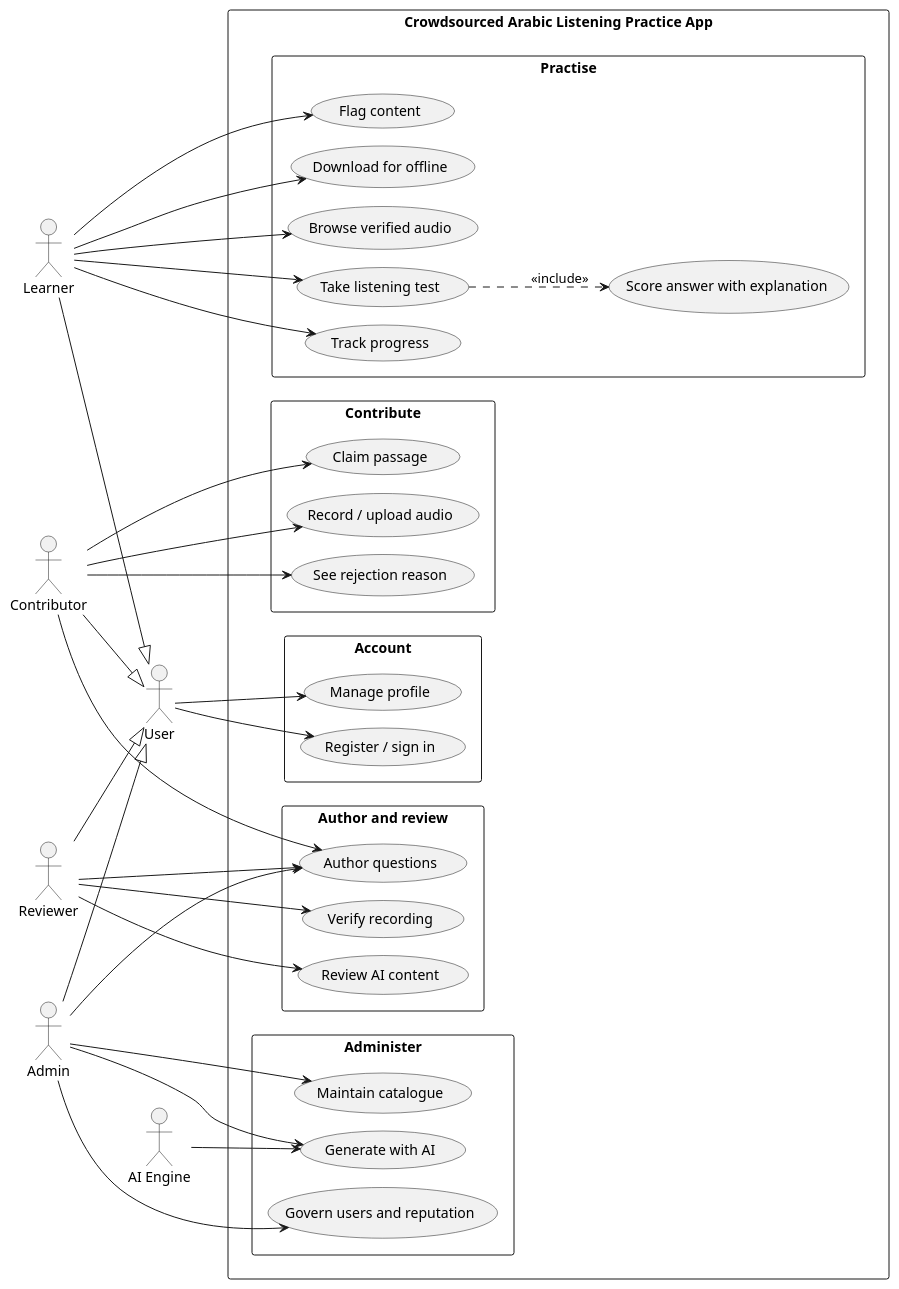
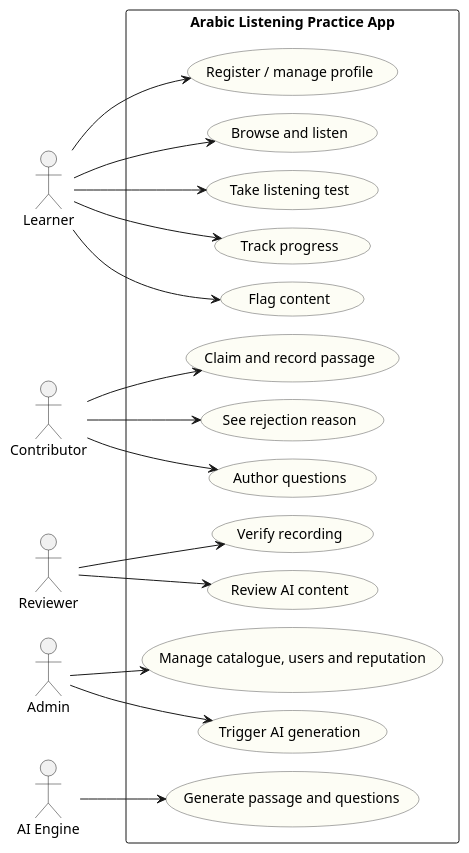
Before and after one commit to iAbdulrrahman/asghi-diagrams: the diagram in h_uc.puml, drawn with PlantUML. The commit also changed 1 other file, not shown here.

Commit message:
h_uc: rebuild for readability — one actor per use case
The old diagram was a single 1400px column of 18 ovals with edges sweeping
the whole canvas; the rebuild that followed still tangled because any use
case shared by several actors forces crossing lines.

Now: 13 use cases, one boundary, no packages, no actor inheritance, and
exactly one actor per use case — so there are no crossings at all.
Merged: browse+play, claim+record. Dropped: 'Download for offline' (6.8
deferred), the score <<include>> (part of Take listening test), and the
User actor (Register/manage profile hangs off Learner; every role uses it).

```diff
--- a/h_uc.puml
+++ b/h_uc.puml
@@ -1,93 +1,57 @@
 @startuml
 left to right direction
-skinparam packageStyle rectangle
 skinparam shadowing false
 skinparam nodesep 18
-skinparam ranksep 40
+skinparam ranksep 55
 skinparam defaultFontName Arial
+skinparam usecase {
+  BackgroundColor #FDFDF5
+  BorderColor #555555
+}
 
-' PlantUML stacks actors in the order their edges are declared, so the
-' connection blocks below are ordered to match the packages: each role
-' ends up level with its own block.
-actor "User" as User
 actor "Learner" as Learner
 actor "Contributor" as Contributor
 actor "Reviewer" as Reviewer
 actor "Admin" as Admin
 actor "AI Engine" as AI
 
-Learner --|> User
-Contributor --|> User
-Reviewer --|> User
-Admin --|> User
+rectangle "Arabic Listening Practice App" {
 
-rectangle "Crowdsourced Arabic Listening Practice App" {
+  usecase "Register / manage profile" as UC_Account
+  usecase "Browse and listen" as UC_Browse
+  usecase "Take listening test" as UC_Test
+  usecase "Track progress" as UC_Progress
+  usecase "Flag content" as UC_Flag
 
-  package "Account" {
-    usecase "Register / sign in" as UC_Reg
-    usecase "Manage profile" as UC_Profile
-  }
+  usecase "Claim and record passage" as UC_Record
+  usecase "See rejection reason" as UC_Reject
+  usecase "Author questions" as UC_Author
 
-  package "Practise" {
-    usecase "Browse verified audio" as UC_Browse
-    usecase "Take listening test" as UC_Test
-    usecase "Score answer with explanation" as UC_Score
-    usecase "Track progress" as UC_Track
-    usecase "Flag content" as UC_Flag
-    usecase "Download for offline" as UC_Offline
-  }
+  usecase "Verify recording" as UC_Verify
+  usecase "Review AI content" as UC_Review
 
-  package "Contribute" {
-    usecase "Claim passage" as UC_Claim
-    usecase "Record / upload audio" as UC_Record
-    usecase "See rejection reason" as UC_Reject
-  }
+  usecase "Manage catalogue, users and reputation" as UC_Admin
+  usecase "Trigger AI generation" as UC_Gen
 
-  package "Author and review" {
-    usecase "Author questions" as UC_Author
-    usecase "Verify recording" as UC_Verify
-    usecase "Review AI content" as UC_ReviewAI
-  }
-
-  package "Administer" {
-    usecase "Generate with AI" as UC_GenAI
-    usecase "Maintain catalogue" as UC_Catalogue
-    usecase "Govern users and reputation" as UC_Govern
-  }
+  usecase "Generate passage and questions" as UC_AIGen
 }
 
-' ---- account: every role, through the User actor ----
-User --> UC_Reg
-User --> UC_Profile
-
-' ---- learner ----
+Learner --> UC_Account
 Learner --> UC_Browse
 Learner --> UC_Test
-Learner --> UC_Track
+Learner --> UC_Progress
 Learner --> UC_Flag
-Learner --> UC_Offline
 
-' ---- contributor ----
-Contributor --> UC_Claim
 Contributor --> UC_Record
 Contributor --> UC_Reject
 Contributor --> UC_Author
 
-' ---- reviewer ----
 Reviewer --> UC_Verify
-Reviewer --> UC_ReviewAI
-Reviewer --> UC_Author
+Reviewer --> UC_Review
 
-' ---- admin ----
-Admin --> UC_Author
-Admin --> UC_Catalogue
-Admin --> UC_Govern
-Admin --> UC_GenAI
+Admin --> UC_Admin
+Admin --> UC_Gen
 
-' ---- AI engine ----
-AI --> UC_GenAI
-
-' ---- use case to use case ----
-UC_Test ..> UC_Score : <<include>>
+AI --> UC_AIGen
 
 @enduml
```
